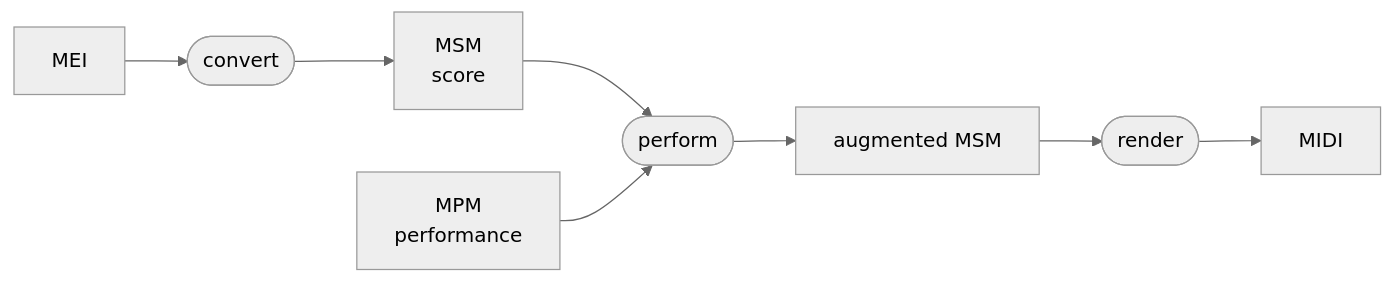
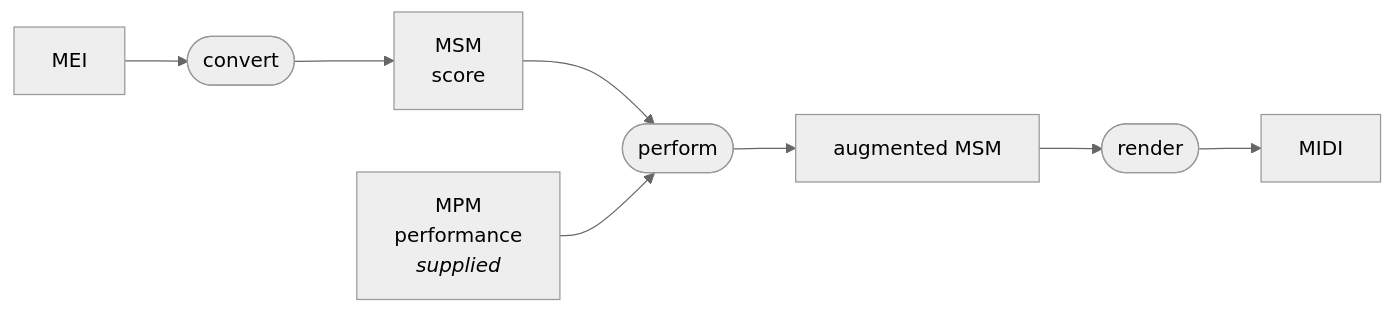
Before and after one commit to pfefferniels/espressivo: the diagram in README.md, drawn with Mermaid (neutral theme). The commit also changed other lines of this file, not shown here.

First line of the commit message:
docs(readme): MEI in, MSM out — the performance is supplied

````diff
--- a/README.md
+++ b/README.md
@@ -12,10 +18,10 @@
 ```mermaid
 flowchart LR
   MEI["MEI"] --> CONVERT(["convert"])
   CONVERT --> MSM["MSM<br/>score"]
   MSM --> PERFORM(["perform"])
-  MPM["MPM<br/>performance"] --> PERFORM
+  MPM["MPM<br/>performance<br/><i>supplied</i>"] --> PERFORM
   PERFORM --> AUG["augmented MSM"]
   AUG --> RENDER(["render"])
   RENDER --> MIDI["MIDI"]
 ```
````
